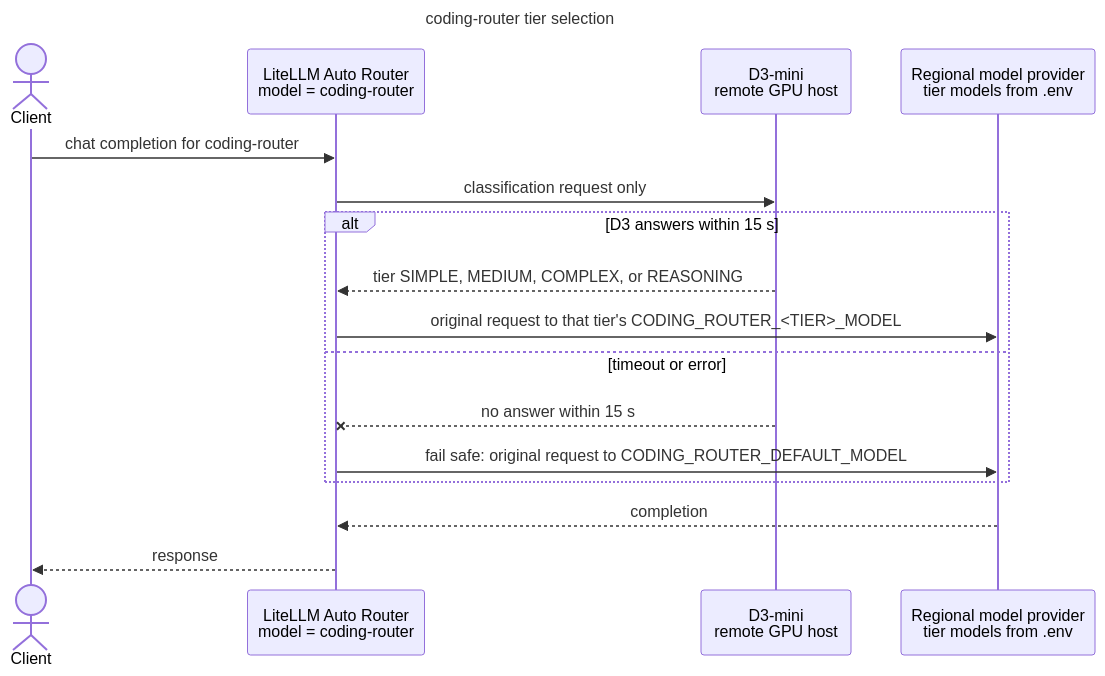
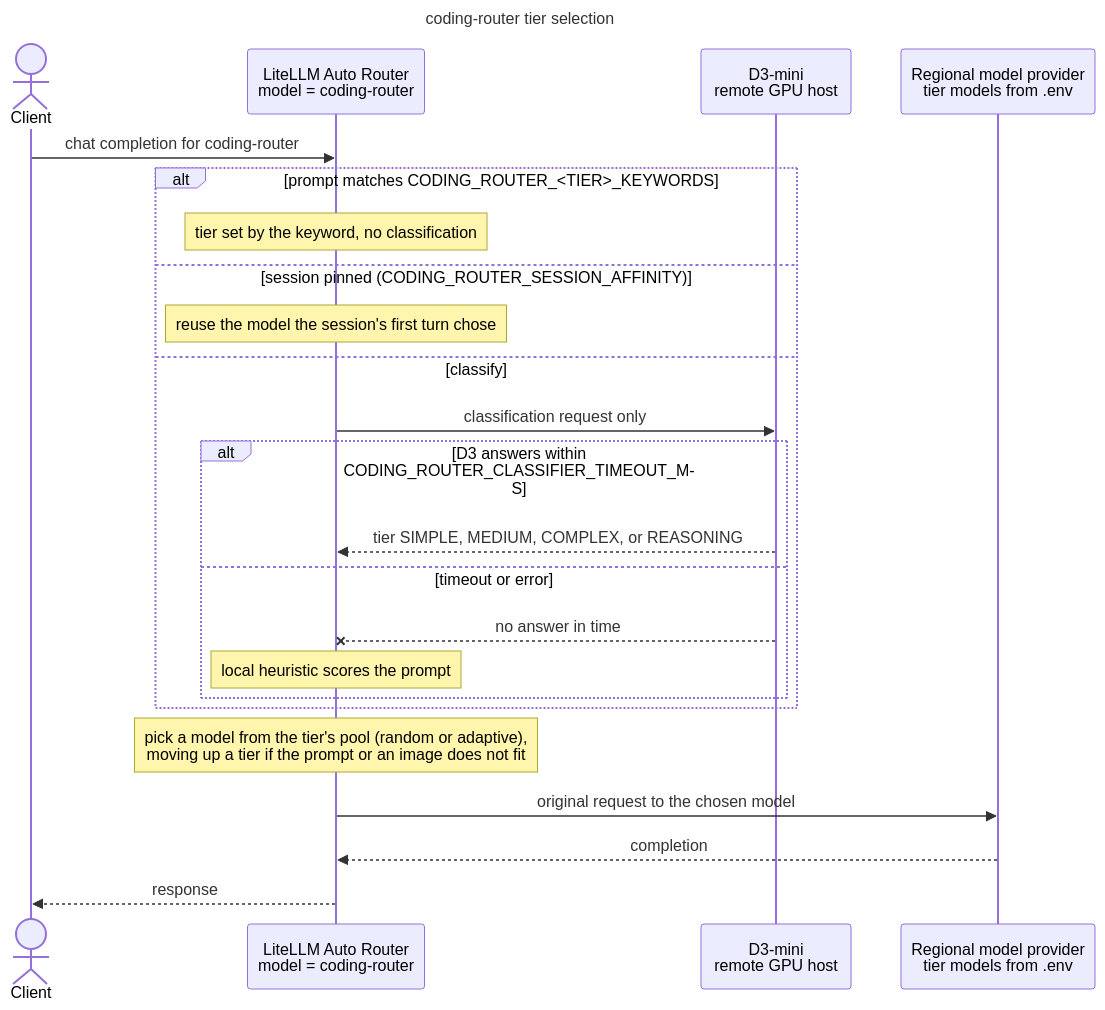
One commit to bella-1337/effective-spoon changed the diagram in diagrams/11-coding-router-flow.mmd. Above: the diagram before and after it, drawn with Mermaid. The commit also changed 19 other files, not shown here.

First line of the commit message:
Configure coding-router routing from the environment and add a reference stack

```diff
--- a/diagrams/11-coding-router-flow.mmd
+++ b/diagrams/11-coding-router-flow.mmd
@@ -1,24 +1,31 @@
 ---
 title: coding-router tier selection
 ---
 sequenceDiagram
   %% Source for 11-coding-router-flow.html. Edit this file, then run ./scripts/render-diagrams.py.
   %% Directives: docs in diagrams/README.md (Updating diagrams).
-  %% @subtitle Only the classification request leaves for the remote D3-mini host; the completion goes to the selected tier
+  %% @subtitle Keywords or D3-mini pick the tier; only the classification request leaves for the remote D3-mini host
   %% @type external: D3 EUP
   actor C as Client
   participant AR as LiteLLM Auto Router<br/>model = coding-router
   participant D3 as D3-mini<br/>remote GPU host
   participant EUP as Regional model provider<br/>tier models from .env
 
   C->>AR: chat completion for coding-router
-  AR->>D3: classification request only
-  alt D3 answers within 15 s
-    D3-->>AR: tier SIMPLE, MEDIUM, COMPLEX, or REASONING
-    AR->>EUP: original request to that tier's CODING_ROUTER_<TIER>_MODEL
-  else timeout or error
-    D3--xAR: no answer within 15 s
-    AR->>EUP: fail safe: original request to CODING_ROUTER_DEFAULT_MODEL
+  alt prompt matches CODING_ROUTER_<TIER>_KEYWORDS
+    Note over AR: tier set by the keyword, no classification
+  else session pinned (CODING_ROUTER_SESSION_AFFINITY)
+    Note over AR: reuse the model the session's first turn chose
+  else classify
+    AR->>D3: classification request only
+    alt D3 answers within CODING_ROUTER_CLASSIFIER_TIMEOUT_MS
+      D3-->>AR: tier SIMPLE, MEDIUM, COMPLEX, or REASONING
+    else timeout or error
+      D3--xAR: no answer in time
+      Note over AR: local heuristic scores the prompt
+    end
   end
+  Note over AR: pick a model from the tier's pool (random or adaptive),<br/>moving up a tier if the prompt or an image does not fit
+  AR->>EUP: original request to the chosen model
   EUP-->>AR: completion
   AR-->>C: response
```
